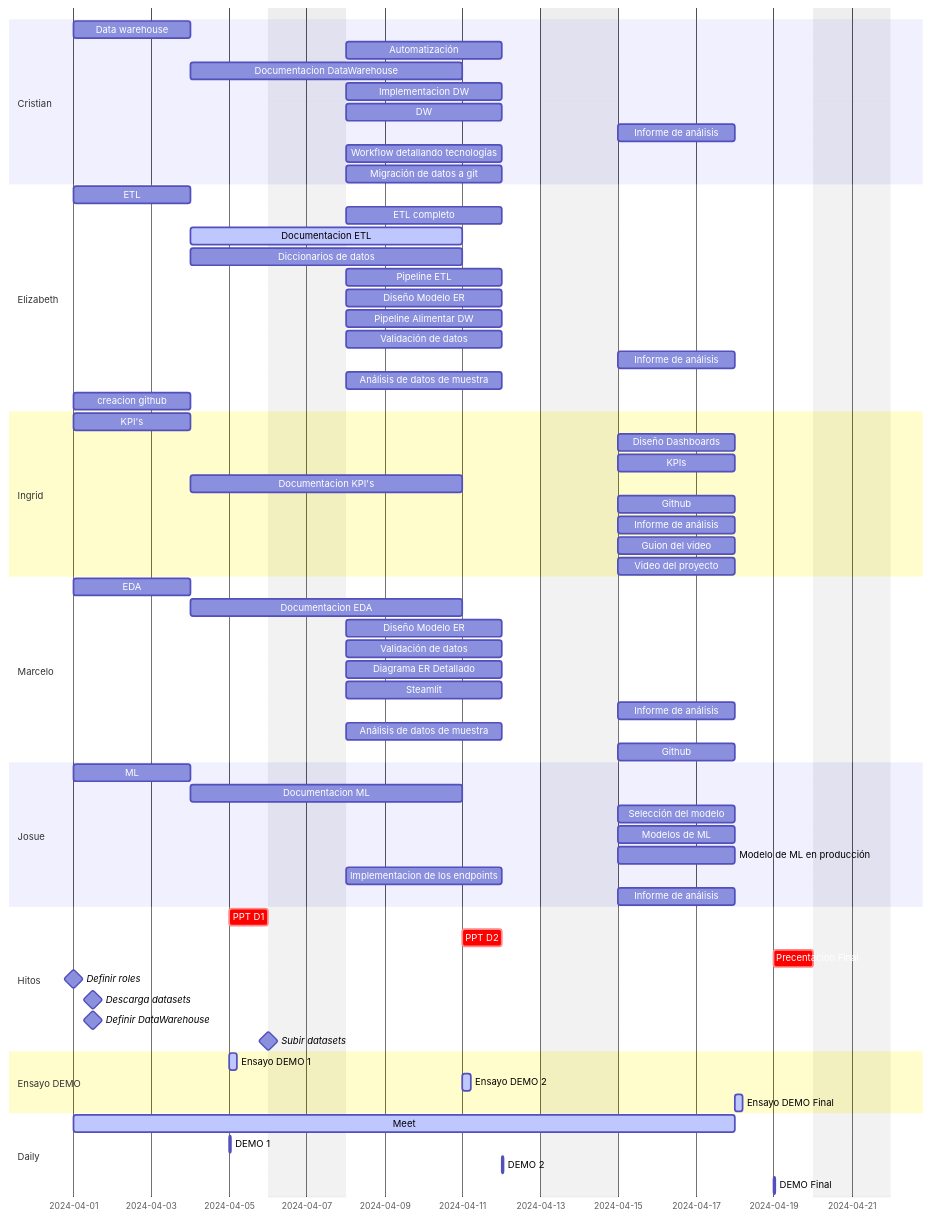
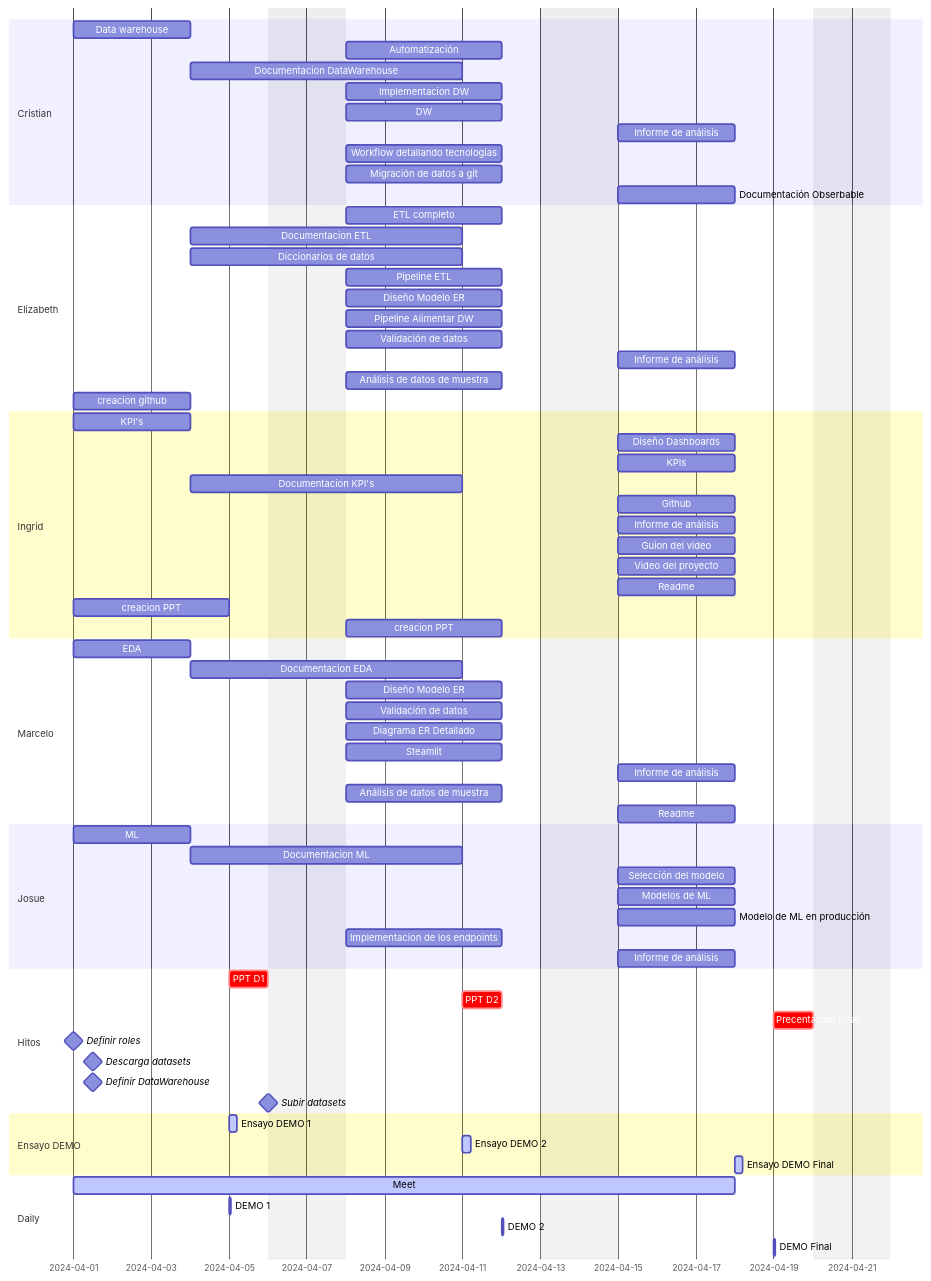
Before and after one commit to marceloyuba/SDT: the diagram in Documentacion/Gantt.md, drawn with Mermaid.

```diff
--- a/Documentacion/Gantt.md
+++ b/Documentacion/Gantt.md
@@ -16,12 +16,11 @@
     Informe de análisis               :    des25, 2024-04-15, 3d
     Workflow detallando tecnologías :    des15, 2024-04-08, 4d
     Migración de datos a git        :    des12, 2024-04-08, 4d
+    Documentación Obserbable   :   des25, 2024-04-15, 3d
 
-   section Elizabeth
-
-    ETL                       :    des1, 2024-04-01, 3d 
+    section Elizabeth
     ETL completo               :    des6, 2024-04-08, 4d
-    Documentacion ETL               :active, a1, after des1, 5d
+    Documentacion ETL               :a1, after des1, 5d
     Diccionarios de datos             : a1, after des1, 5d
     Pipeline ETL               :    des8, 2024-04-08, 4d
     Diseño Modelo ER           :    des8, 2024-04-08, 4d 
@@ -43,8 +42,10 @@
     Informe de análisis               :   des25, 2024-04-15, 3d
     Guion del video                  :    des26, 2024-04-15, 3d
     Video del proyecto              :  des27, 2024-04-15, 3d
-    
-
+    Readme                        : 2024-04-15, 3d
+    creacion PPT               :2024-04-01,4d
+    creacion PPT               :2024-04-08,4d
+   
 
     section Marcelo
     EDA                          :  des2, 2024-04-01, 3d
@@ -55,7 +56,7 @@
     Steamlit                     :    des18, 2024-04-08, 4d
     Informe de análisis               :    des25, 2024-04-15, 3d
     Análisis de datos de muestra   :   des16, 2024-04-08, 4d
-    Github                          : 2024-04-15, 3d
+    Readme                        : 2024-04-15, 3d
 
     section Josue
     ML                           : des5, 2024-04-01, 3d
```
